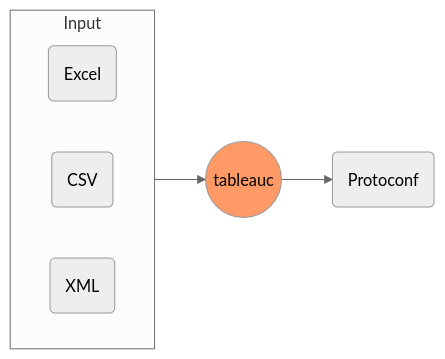
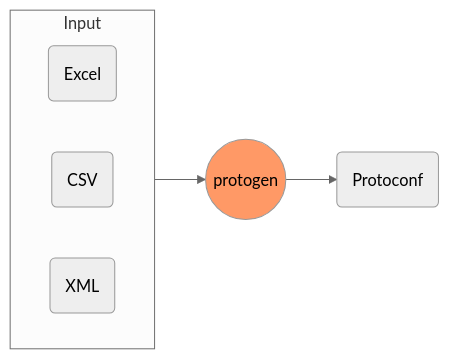
The first of 2 diagrams in content/en/docs/prologue/introduction.md (tableauio/tableauio.github.io), drawn with Mermaid (neutral theme) before and after one commit. The commit also changed other lines of this file and 13 other files, not shown here.

````diff
--- a/content/en/docs/prologue/introduction.md
+++ b/content/en/docs/prologue/introduction.md
@@ -21,12 +23,12 @@
 ```mermaid
 flowchart LR
   subgraph Input
     direction RL
     I1(Excel)
     I2(CSV)
     I3(XML)
   end
   Input --> B
-  B((tableauc)):::orangecalss --> C(Protoconf)
+  B((protogen)):::orangecalss --> C(Protoconf)
   classDef orangecalss fill:#f96;
 ```
````
